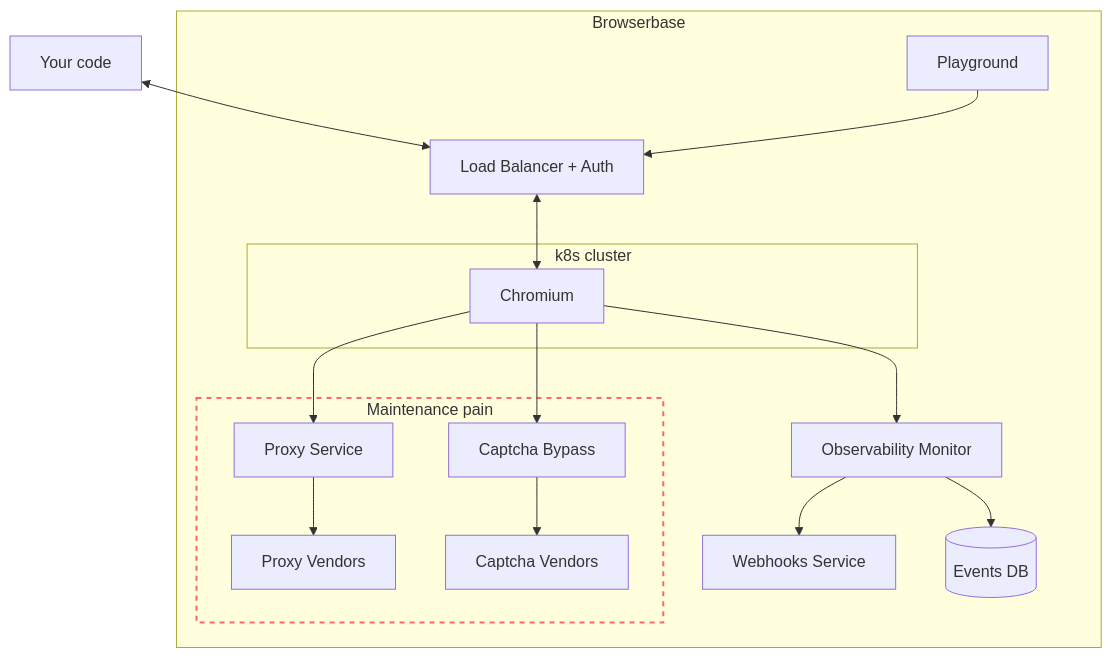
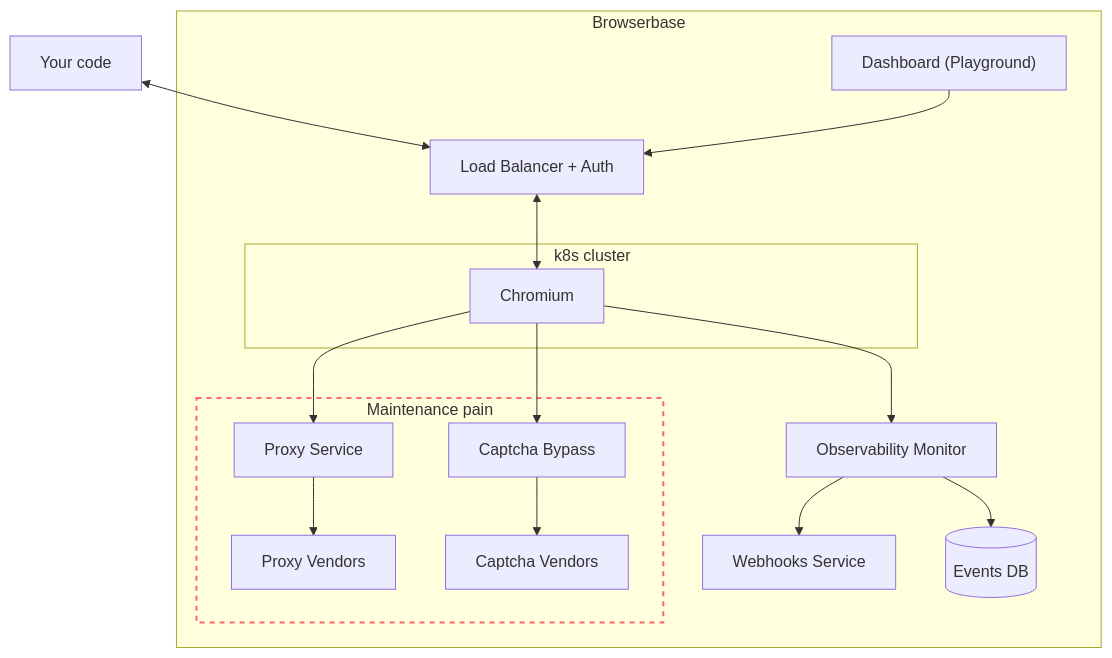
The diagram in under-the-hood.mdx (browserbase/docs), drawn with Mermaid before and after one commit. The commit also changed other lines of this file and 12 other files, not shown here.

````diff
--- a/under-the-hood.mdx
+++ b/under-the-hood.mdx
@@ -11,36 +11,36 @@
 ```mermaid
   flowchart
     code["Your code"]
     code<-->lb
 
     subgraph A ["Browserbase"]
         style A padding-top:100px;
 
-        dash[Playground]
+        dash["Dashboard (Playground)"]
         dash-->lb
         lb[Load Balancer + Auth]
         webhooks[Webhooks Service]
         %% hack to fix bad rendering of node label from mermaid
         subgraph AA ["&nbsp;&nbsp;&nbsp;&nbsp;&nbsp;k8s cluster"]
           chromium[Chromium]
         end
         lb<-->chromium
 
         subgraph B [Maintenance pain]
           style B stroke:#f66,stroke-width:2px,stroke-dasharray: 5 5
 
           proxy[Proxy Service]
           proxyV[Proxy Vendors]
           proxy-->proxyV
           captcha[Captcha Bypass]
           captchaV[Captcha Vendors]
           captcha-->captchaV
         end
 
         chromium-->captcha
         chromium-->proxy
         obs[Observability Monitor]-->events[(Events DB)]
         chromium-->obs
         obs-->webhooks
     end
 ```
````
